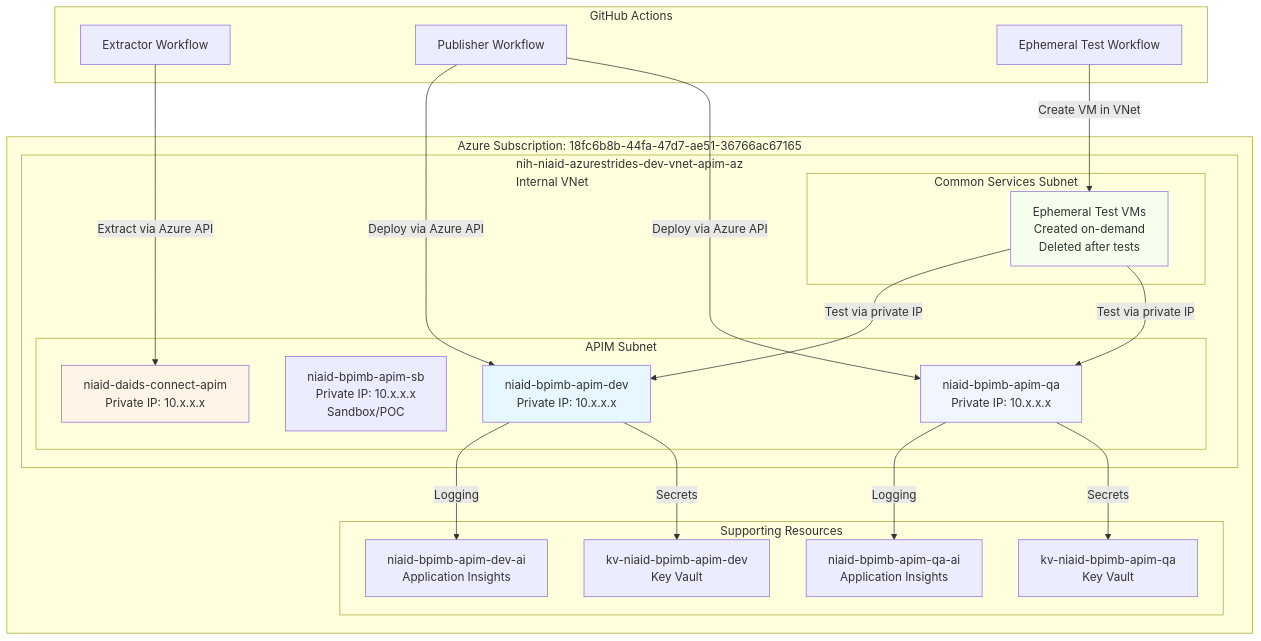
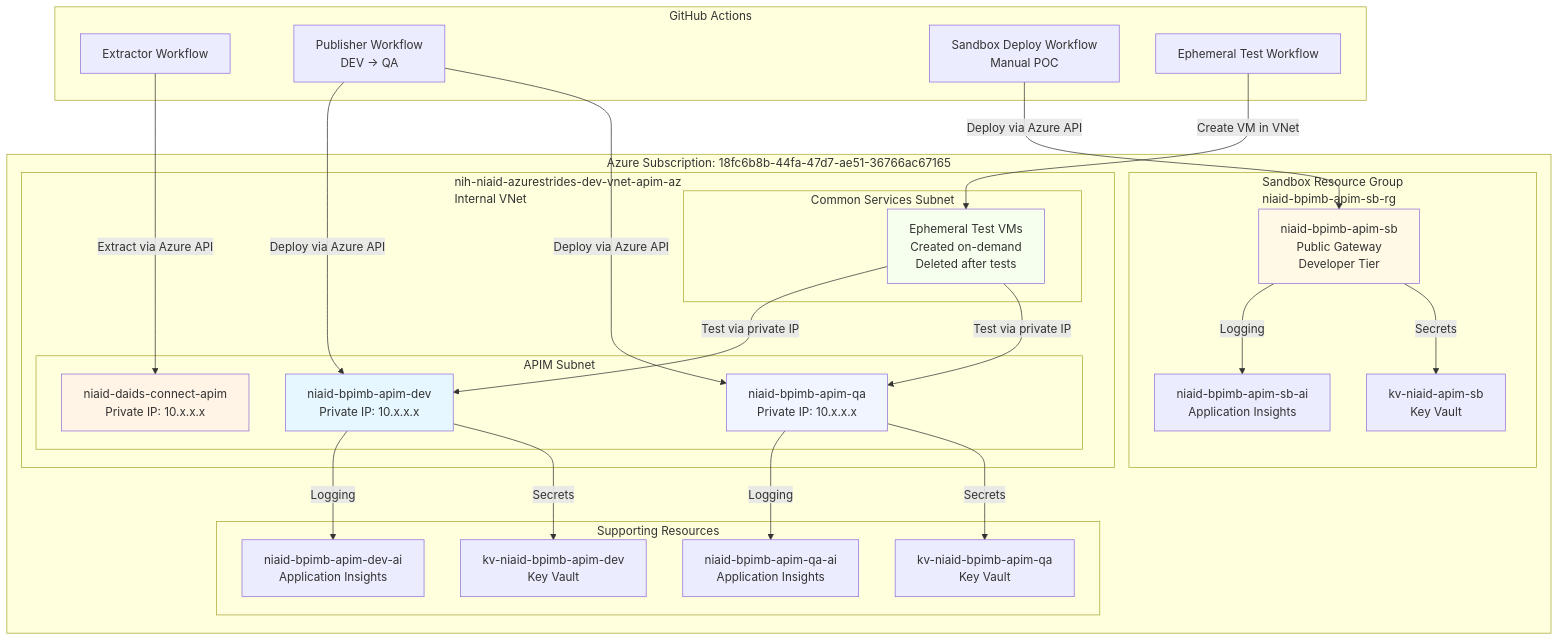
Before and after one commit to NIAID-BPIMB-whiters/API-DEVOPS: the first of 6 diagrams in README.md, drawn with Mermaid. The commit also changed other lines of this file and 1 other file, not shown here.

First line of the commit message:
docs: Complete sandbox networking details and update architecture diagrams

````diff
--- a/README.md
+++ b/README.md
@@ -89,46 +89,56 @@
 ```mermaid
 graph TB
     subgraph Azure["Azure Subscription: 18fc6b8b-44fa-47d7-ae51-36766ac67165"]
         subgraph VNet["nih-niaid-azurestrides-dev-vnet-apim-az<br/>Internal VNet"]
             subgraph Subnet1["APIM Subnet"]
                 DAIDS[niaid-daids-connect-apim<br/>Private IP: 10.x.x.x]
-                SB_APIM[niaid-bpimb-apim-sb<br/>Private IP: 10.x.x.x<br/>Sandbox/POC]
                 DEV_APIM[niaid-bpimb-apim-dev<br/>Private IP: 10.x.x.x]
                 QA_APIM[niaid-bpimb-apim-qa<br/>Private IP: 10.x.x.x]
             end
             
             subgraph Subnet2["Common Services Subnet"]
                 TEST_VM[Ephemeral Test VMs<br/>Created on-demand<br/>Deleted after tests]
             end
         end
         
         subgraph Resources["Supporting Resources"]
             DEV_AI[niaid-bpimb-apim-dev-ai<br/>Application Insights]
             QA_AI[niaid-bpimb-apim-qa-ai<br/>Application Insights]
             DEV_KV[kv-niaid-bpimb-apim-dev<br/>Key Vault]
             QA_KV[kv-niaid-bpimb-apim-qa<br/>Key Vault]
         end
+        
+        subgraph SandboxRG["Sandbox Resource Group<br/>niaid-bpimb-apim-sb-rg"]
+            SB_APIM[niaid-bpimb-apim-sb<br/>Public Gateway<br/>Developer Tier]
+            SB_AI[niaid-bpimb-apim-sb-ai<br/>Application Insights]
+            SB_KV[kv-niaid-apim-sb<br/>Key Vault]
+        end
     end
     
     subgraph GitHub["GitHub Actions"]
         EXTRACTOR[Extractor Workflow]
-        PUBLISHER[Publisher Workflow]
+        PUBLISHER[Publisher Workflow<br/>DEV → QA]
+        SANDBOX_DEPLOY[Sandbox Deploy Workflow<br/>Manual POC]
         TESTS[Ephemeral Test Workflow]
     end
     
     EXTRACTOR -->|Extract via Azure API| DAIDS
     PUBLISHER -->|Deploy via Azure API| DEV_APIM
     PUBLISHER -->|Deploy via Azure API| QA_APIM
+    SANDBOX_DEPLOY -->|Deploy via Azure API| SB_APIM
     TESTS -->|Create VM in VNet| TEST_VM
     TEST_VM -->|Test via private IP| DEV_APIM
     TEST_VM -->|Test via private IP| QA_APIM
     DEV_APIM -->|Logging| DEV_AI
     QA_APIM -->|Logging| QA_AI
+    SB_APIM -->|Logging| SB_AI
     DEV_APIM -->|Secrets| DEV_KV
     QA_APIM -->|Secrets| QA_KV
+    SB_APIM -->|Secrets| SB_KV
     
     style DAIDS fill:#fff4e6
     style DEV_APIM fill:#e6f7ff
     style QA_APIM fill:#f0f5ff
+    style SB_APIM fill:#fff9e6
     style TEST_VM fill:#f6ffed
 ```
````
